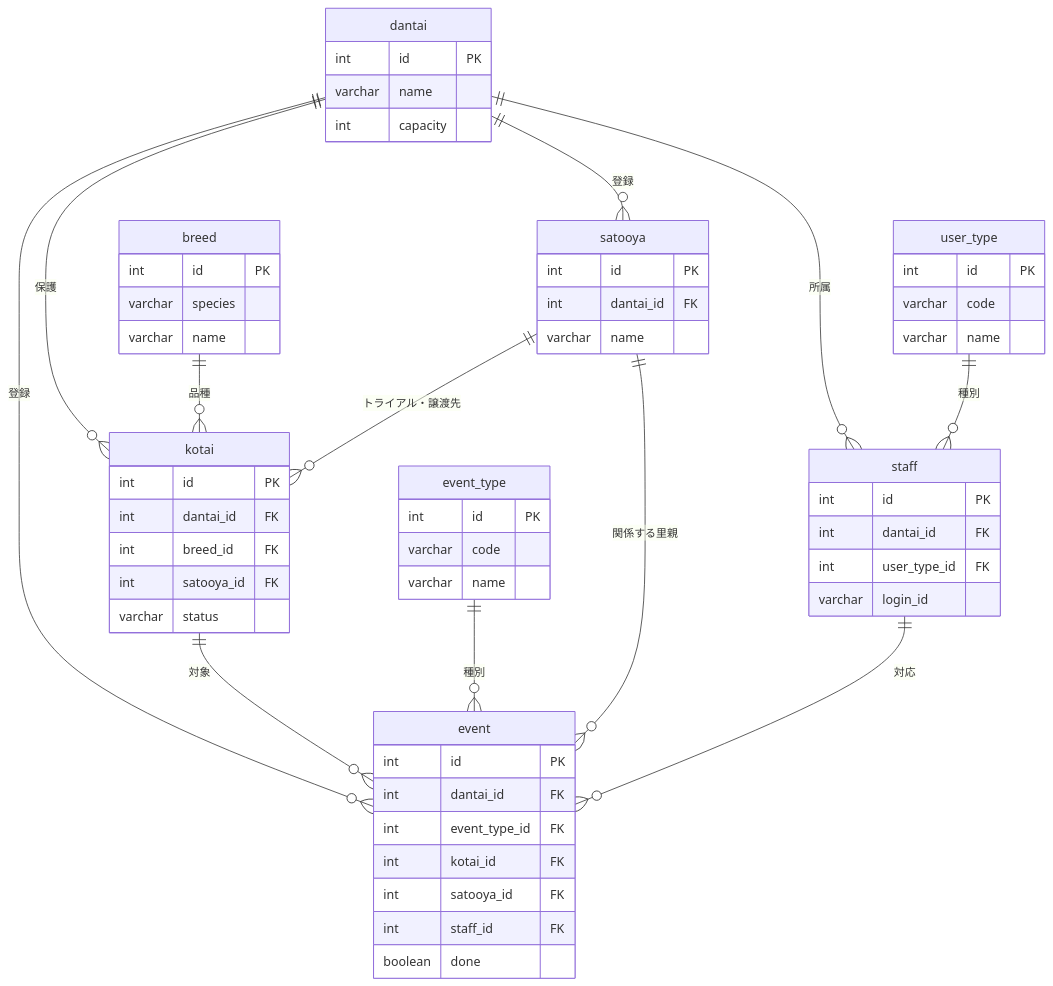
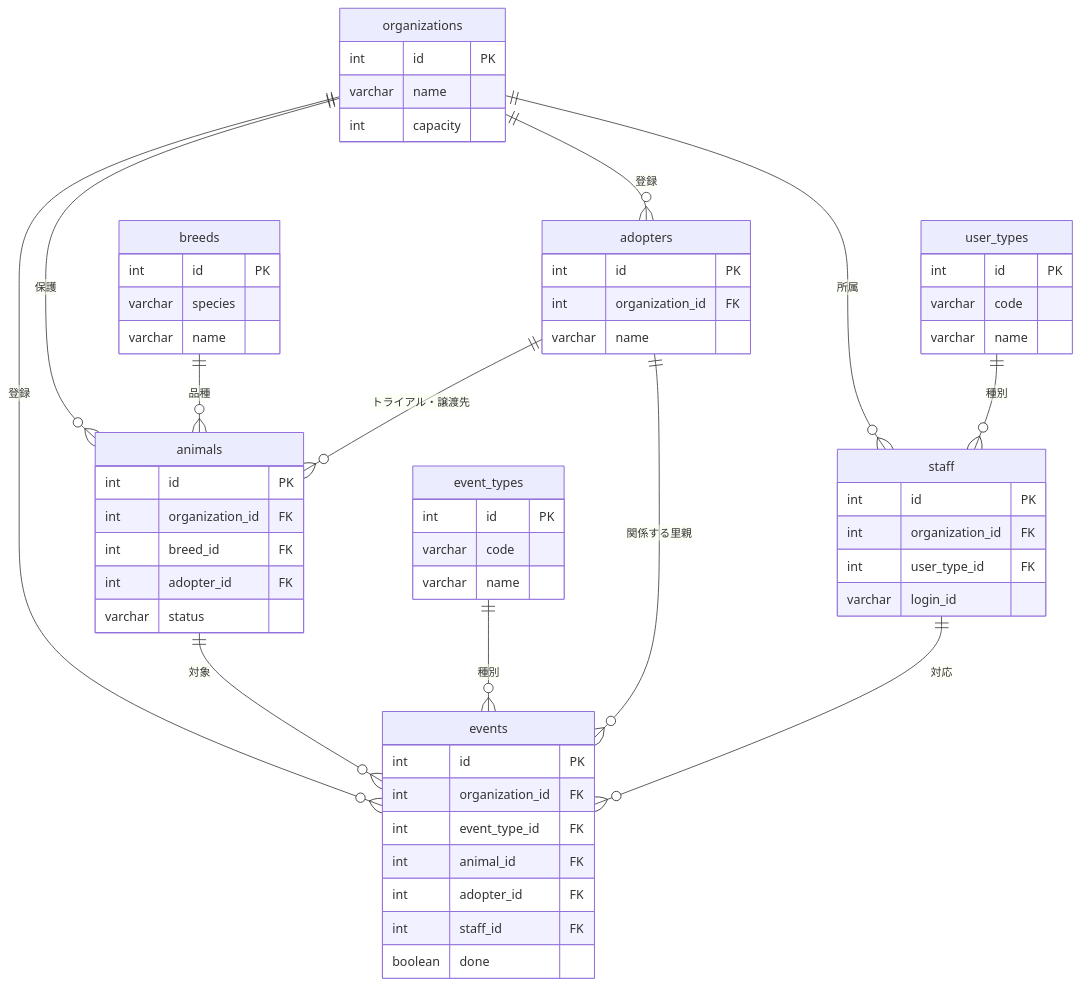
One commit to kent719000-source/Production changed the diagram in アプリケーション企画実習/設計書/基本設計書.md. Above: the diagram before and after it, drawn with Mermaid. The commit also changed other lines of this file and 2 other files, not shown here.

````diff
--- a/アプリケーション企画実習/設計書/基本設計書.md
+++ b/アプリケーション企画実習/設計書/基本設計書.md
@@ -206,62 +203,62 @@
 ```mermaid
 erDiagram
-    dantai ||--o{ staff : "所属"
-    dantai ||--o{ kotai : "保護"
-    dantai ||--o{ satooya : "登録"
-    dantai ||--o{ event : "登録"
-    user_type ||--o{ staff : "種別"
-    breed ||--o{ kotai : "品種"
-    satooya ||--o{ kotai : "トライアル・譲渡先"
-    kotai ||--o{ event : "対象"
-    event_type ||--o{ event : "種別"
-    satooya ||--o{ event : "関係する里親"
-    staff ||--o{ event : "対応"
+    organizations ||--o{ staff : "所属"
+    organizations ||--o{ animals : "保護"
+    organizations ||--o{ adopters : "登録"
+    organizations ||--o{ events : "登録"
+    user_types ||--o{ staff : "種別"
+    breeds ||--o{ animals : "品種"
+    adopters ||--o{ animals : "トライアル・譲渡先"
+    animals ||--o{ events : "対象"
+    event_types ||--o{ events : "種別"
+    adopters ||--o{ events : "関係する里親"
+    staff ||--o{ events : "対応"
 
-    dantai {
+    organizations {
         int id PK
         varchar name
         int capacity
     }
-    user_type {
+    user_types {
         int id PK
         varchar code
         varchar name
     }
     staff {
         int id PK
-        int dantai_id FK
+        int organization_id FK
         int user_type_id FK
         varchar login_id
     }
-    breed {
+    breeds {
         int id PK
         varchar species
         varchar name
     }
-    kotai {
+    animals {
         int id PK
-        int dantai_id FK
+        int organization_id FK
         int breed_id FK
-        int satooya_id FK
+        int adopter_id FK
         varchar status
     }
-    satooya {
+    adopters {
         int id PK
-        int dantai_id FK
+        int organization_id FK
         varchar name
     }
-    event_type {
+    event_types {
         int id PK
         varchar code
         varchar name
     }
-    event {
+    events {
         int id PK
-        int dantai_id FK
+        int organization_id FK
         int event_type_id FK
-        int kotai_id FK
-        int satooya_id FK
+        int animal_id FK
+        int adopter_id FK
         int staff_id FK
         boolean done
     }
 ```
````
